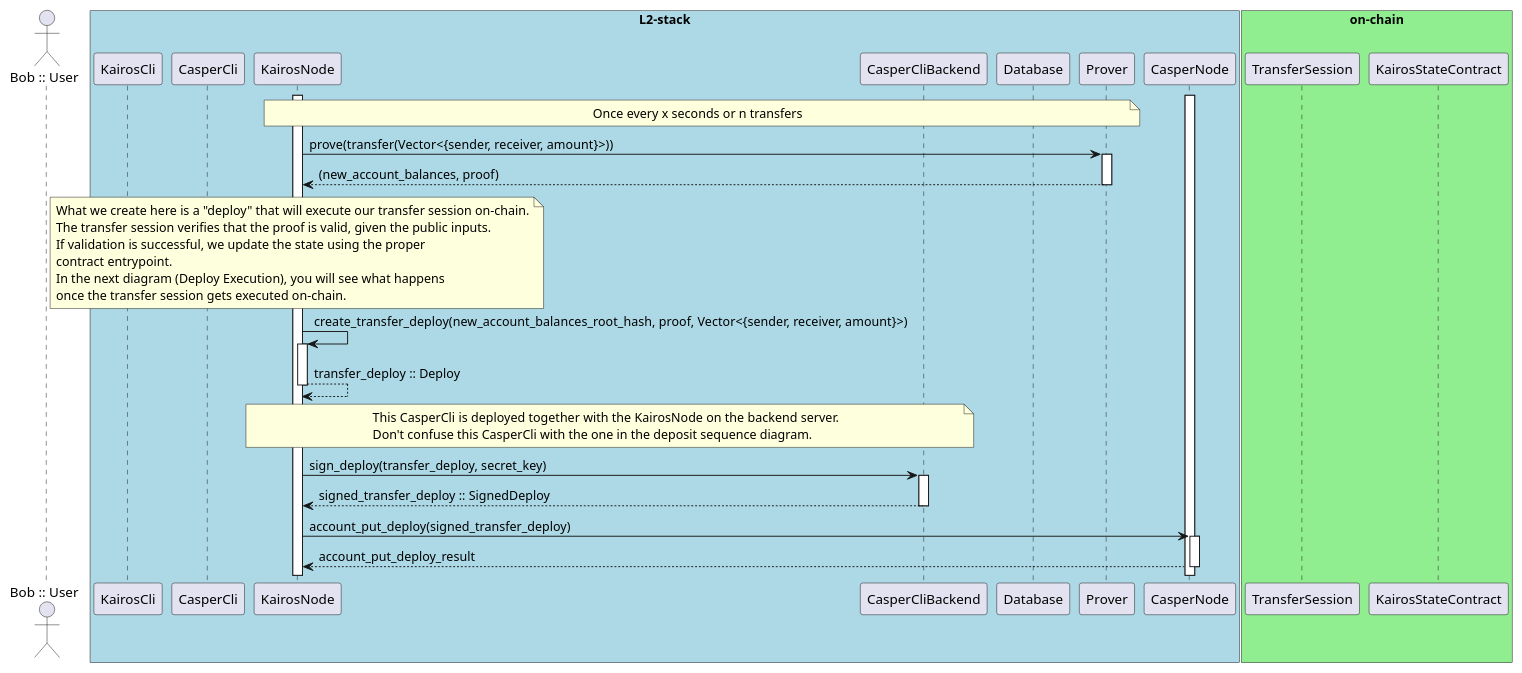
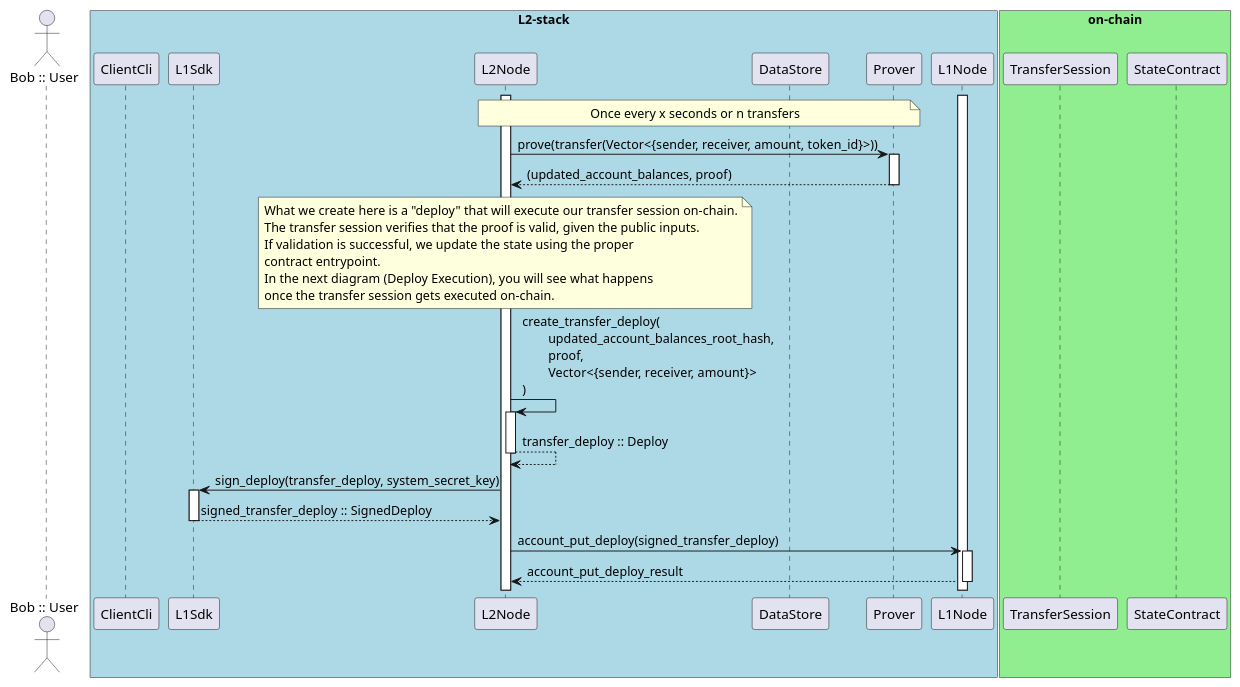
The diagram in diagrams/transfer_sequence_diagram_l2_prove_deploy.puml (cspr-rad/kairos-spec), drawn with PlantUML before and after one commit. The commit also changed 6 other files, not shown here.

Commit message:
diagrams: update

```diff
--- a/diagrams/transfer_sequence_diagram_l2_prove_deploy.puml
+++ b/diagrams/transfer_sequence_diagram_l2_prove_deploy.puml
@@ -1,47 +1,42 @@
 @startuml
 autoactivate on
 actor "Bob :: User" as Bob
 box "L2-stack" #LightBlue
-participant KairosCli
-participant CasperCli
-participant KairosNode
-participant CasperCliBackend
-participant Database
+participant ClientCli
+participant L1Sdk
+participant L2Node
+participant DataStore
 participant Prover
-participant CasperNode
+participant L1Node
 end box
 box "on-chain" #LightGreen
 participant TransferSession
-participant KairosStateContract
+participant StateContract
 end box
 
-activate CasperNode
-activate KairosNode
+activate L1Node
+activate L2Node
 
-note over KairosNode, Prover
+note over L2Node, Prover
 Once every x seconds or n transfers
 end note
-KairosNode -> Prover: prove(transfer(Vector<{sender, receiver, amount}>))
-Prover --> KairosNode: (new_account_balances, proof)
+L2Node -> Prover: prove(transfer(Vector<{sender, receiver, amount, token_id}>))
+Prover --> L2Node: (updated_account_balances, proof)
 
-note over KairosNode
+note over L2Node
 What we create here is a "deploy" that will execute our transfer session on-chain.
 The transfer session verifies that the proof is valid, given the public inputs.
 If validation is successful, we update the state using the proper
 contract entrypoint.
 In the next diagram (Deploy Execution), you will see what happens
 once the transfer session gets executed on-chain.
 end note
-KairosNode -> KairosNode: create_transfer_deploy(new_account_balances_root_hash, proof, Vector<{sender, receiver, amount}>)
-KairosNode --> KairosNode: transfer_deploy :: Deploy
+L2Node -> L2Node: create_transfer_deploy(\n\tupdated_account_balances_root_hash,\n\tproof,\n\tVector<{sender, receiver, amount}>\n)
+L2Node --> L2Node: transfer_deploy :: Deploy
 
-note over KairosNode, CasperCliBackend
-This CasperCli is deployed together with the KairosNode on the backend server.
-Don't confuse this CasperCli with the one in the deposit sequence diagram.
-end note
-KairosNode -> CasperCliBackend: sign_deploy(transfer_deploy, secret_key)
-CasperCliBackend --> KairosNode: signed_transfer_deploy :: SignedDeploy
+L2Node -> L1Sdk: sign_deploy(transfer_deploy, system_secret_key)
+L1Sdk --> L2Node: signed_transfer_deploy :: SignedDeploy
 
-KairosNode -> CasperNode: account_put_deploy(signed_transfer_deploy)
-CasperNode --> KairosNode: account_put_deploy_result
+L2Node -> L1Node: account_put_deploy(signed_transfer_deploy)
+L1Node --> L2Node: account_put_deploy_result
 @enduml
```
